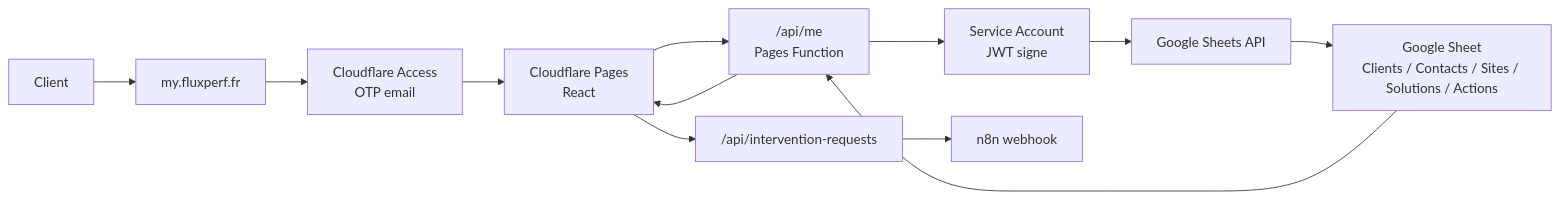
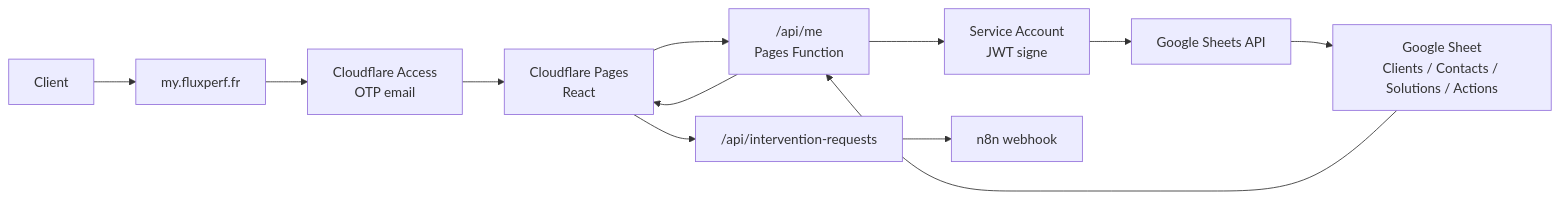
The diagram in docs/architecture-my-fluxperf.md (EXEDIGIT/my.fluxperf.fr), drawn with Mermaid before and after one commit. The commit also changed other lines of this file and 32 other files, not shown here.

````diff
--- a/docs/architecture-my-fluxperf.md
+++ b/docs/architecture-my-fluxperf.md
@@ -50,14 +50,14 @@
 ```mermaid
 flowchart LR
   U["Client"] --> D["my.fluxperf.fr"]
   D --> A["Cloudflare Access<br/>OTP email"]
   A --> P["Cloudflare Pages<br/>React"]
   P --> API["/api/me<br/>Pages Function"]
   API --> SA["Service Account<br/>JWT signe"]
   SA --> GS["Google Sheets API"]
-  GS --> DB["Google Sheet<br/>Clients / Contacts / Sites / Solutions / Actions"]
+  GS --> DB["Google Sheet<br/>Clients / Contacts / Solutions / Actions"]
   DB --> API
   API --> P
   P --> REQ["/api/intervention-requests"]
   REQ --> N8N["n8n webhook"]
 ```
````
